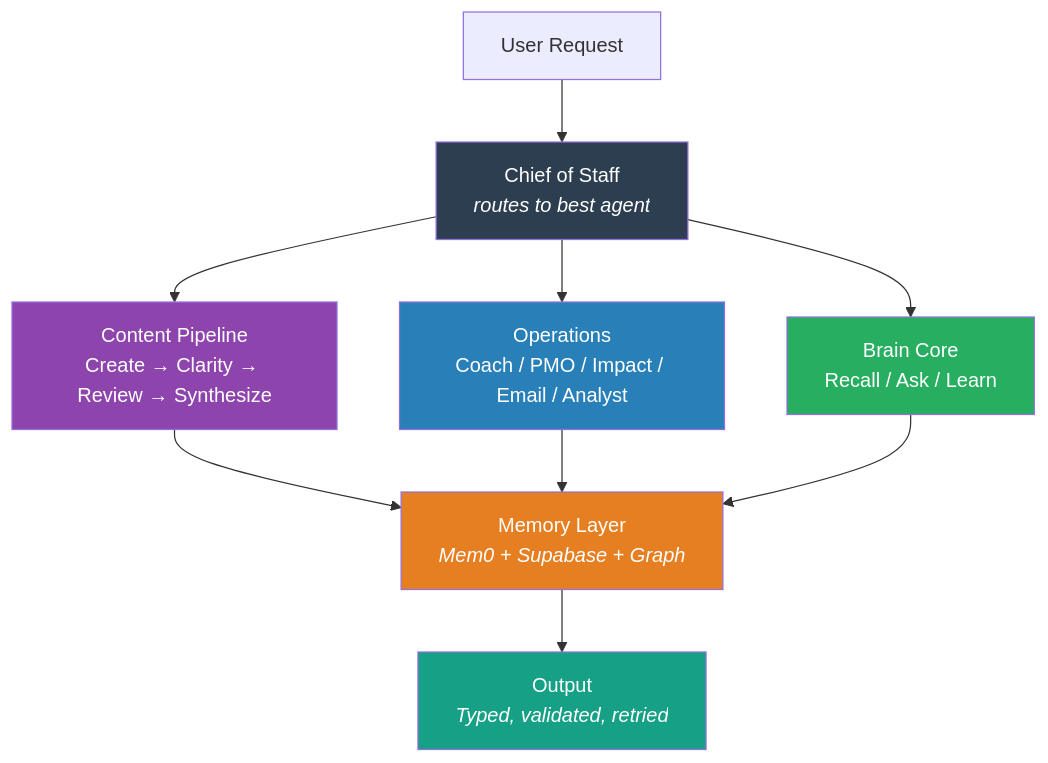
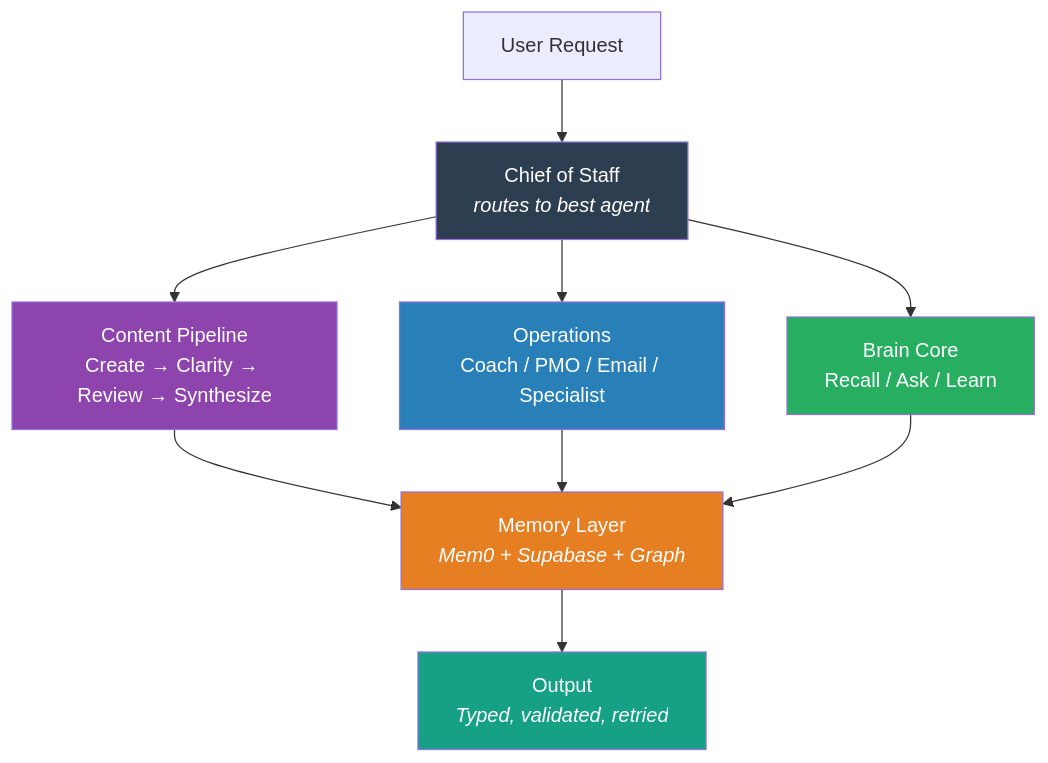
One commit to ryanjosebrosas/second-brain-ultimatum changed the first of 4 diagrams in README.md. Above: the diagram before and after it, drawn with Mermaid. The commit also changed other lines of this file and 10 other files, not shown here.

First line of the commit message:
refactor(agents): remove analyst and impact agents — 14-agent system, 776 tests

````diff
--- a/README.md
+++ b/README.md
@@ -21,21 +21,21 @@
 ```mermaid
 graph TD
     USER["User Request"] --> COS["Chief of Staff<br/><i>routes to best agent</i>"]
 
     COS --> CONTENT["Content Pipeline<br/>Create → Clarity → Review → Synthesize"]
-    COS --> OPS["Operations<br/>Coach / PMO / Impact / Email / Analyst"]
+    COS --> OPS["Operations<br/>Coach / PMO / Email / Specialist"]
     COS --> BRAIN["Brain Core<br/>Recall / Ask / Learn"]
 
     CONTENT --> MEM["Memory Layer<br/><i>Mem0 + Supabase + Graph</i>"]
     OPS --> MEM
     BRAIN --> MEM
 
     MEM --> OUT["Output<br/><i>Typed, validated, retried</i>"]
 
     style COS fill:#2c3e50,color:#fff
     style CONTENT fill:#8e44ad,color:#fff
     style OPS fill:#2980b9,color:#fff
     style BRAIN fill:#27ae60,color:#fff
     style MEM fill:#e67e22,color:#fff
     style OUT fill:#16a085,color:#fff
 ```
````
